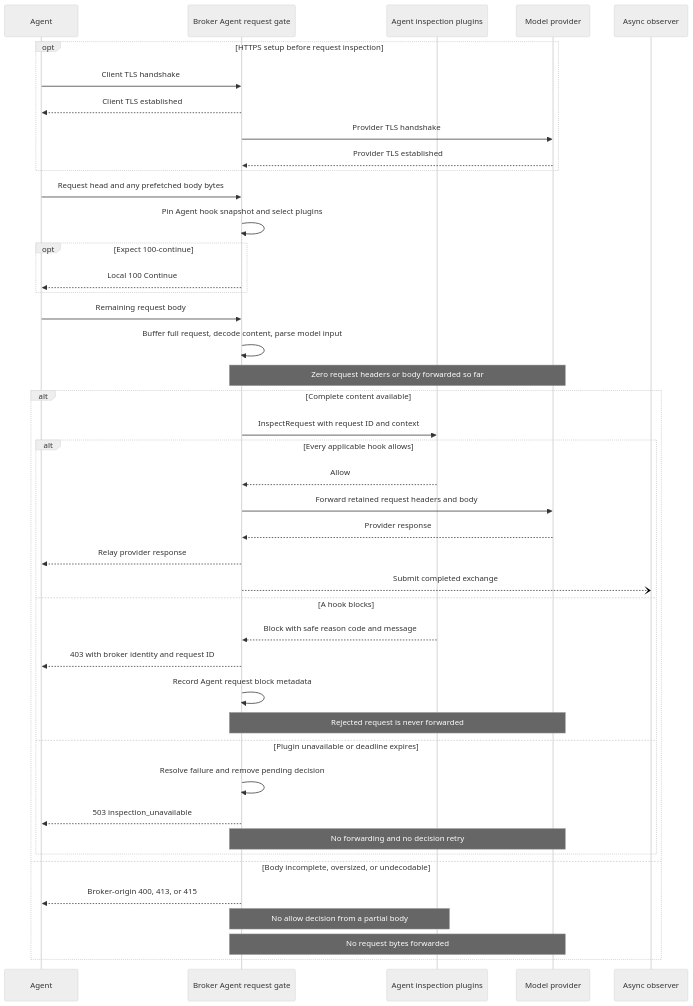
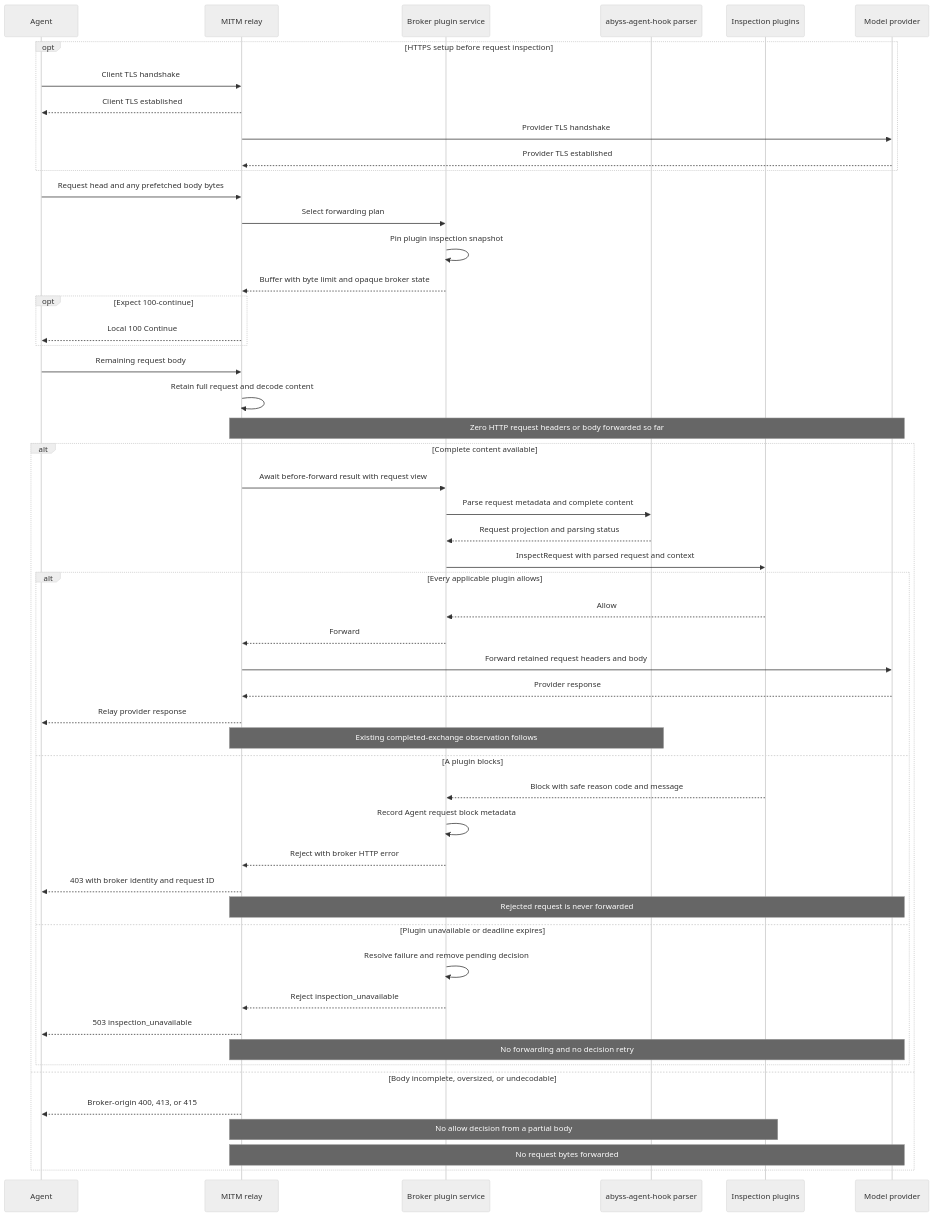
One commit to lexmount/abyss-rs changed the third of 4 diagrams in docs/request-blocking-design.md. Above: the diagram before and after it, drawn with Mermaid (neutral theme). The commit also changed other lines of this file, not shown here.

First line of the commit message:
docs: place Agent inspection in broker plugins

````diff
--- a/docs/request-blocking-design.md
+++ b/docs/request-blocking-design.md
@@ -332,45 +346,54 @@
 ```mermaid
 sequenceDiagram
     participant A as Agent
-    participant B as Broker Agent request gate
-    participant H as Agent inspection plugins
+    participant M as MITM relay
+    participant B as Broker plugin service
+    participant R as abyss-agent-hook parser
+    participant H as Inspection plugins
     participant P as Model provider
-    participant O as Async observer
     opt HTTPS setup before request inspection
-        A->>B: Client TLS handshake
-        B-->>A: Client TLS established
-        B->>P: Provider TLS handshake
-        P-->>B: Provider TLS established
+        A->>M: Client TLS handshake
+        M-->>A: Client TLS established
+        M->>P: Provider TLS handshake
+        P-->>M: Provider TLS established
     end
-    A->>B: Request head and any prefetched body bytes
-    B->>B: Pin Agent hook snapshot and select plugins
+    A->>M: Request head and any prefetched body bytes
+    M->>B: Select forwarding plan
+    B->>B: Pin plugin inspection snapshot
+    B-->>M: Buffer with byte limit and opaque broker state
     opt Expect 100-continue
-        B-->>A: Local 100 Continue
+        M-->>A: Local 100 Continue
     end
-    A->>B: Remaining request body
-    B->>B: Buffer full request, decode content, parse model input
-    Note over B,P: Zero request headers or body forwarded so far
+    A->>M: Remaining request body
+    M->>M: Retain full request and decode content
+    Note over M,P: Zero HTTP request headers or body forwarded so far
     alt Complete content available
-        B->>H: InspectRequest with request ID and context
-        alt Every applicable hook allows
+        M->>B: Await before-forward result with request view
+        B->>R: Parse request metadata and complete content
+        R-->>B: Request projection and parsing status
+        B->>H: InspectRequest with parsed request and context
+        alt Every applicable plugin allows
             H-->>B: Allow
-            B->>P: Forward retained request headers and body
-            P-->>B: Provider response
-            B-->>A: Relay provider response
-            B--)O: Submit completed exchange
-        else A hook blocks
+            B-->>M: Forward
+            M->>P: Forward retained request headers and body
+            P-->>M: Provider response
+            M-->>A: Relay provider response
+            Note over M,R: Existing completed-exchange observation follows
+        else A plugin blocks
             H-->>B: Block with safe reason code and message
-            B-->>A: 403 with broker identity and request ID
             B->>B: Record Agent request block metadata
-            Note over B,P: Rejected request is never forwarded
+            B-->>M: Reject with broker HTTP error
+            M-->>A: 403 with broker identity and request ID
+            Note over M,P: Rejected request is never forwarded
         else Plugin unavailable or deadline expires
             B->>B: Resolve failure and remove pending decision
-            B-->>A: 503 inspection_unavailable
-            Note over B,P: No forwarding and no decision retry
+            B-->>M: Reject inspection_unavailable
+            M-->>A: 503 inspection_unavailable
+            Note over M,P: No forwarding and no decision retry
         end
     else Body incomplete, oversized, or undecodable
-        B-->>A: Broker-origin 400, 413, or 415
-        Note over B,H: No allow decision from a partial body
-        Note over B,P: No request bytes forwarded
+        M-->>A: Broker-origin 400, 413, or 415
+        Note over M,H: No allow decision from a partial body
+        Note over M,P: No request bytes forwarded
     end
 ```
````
